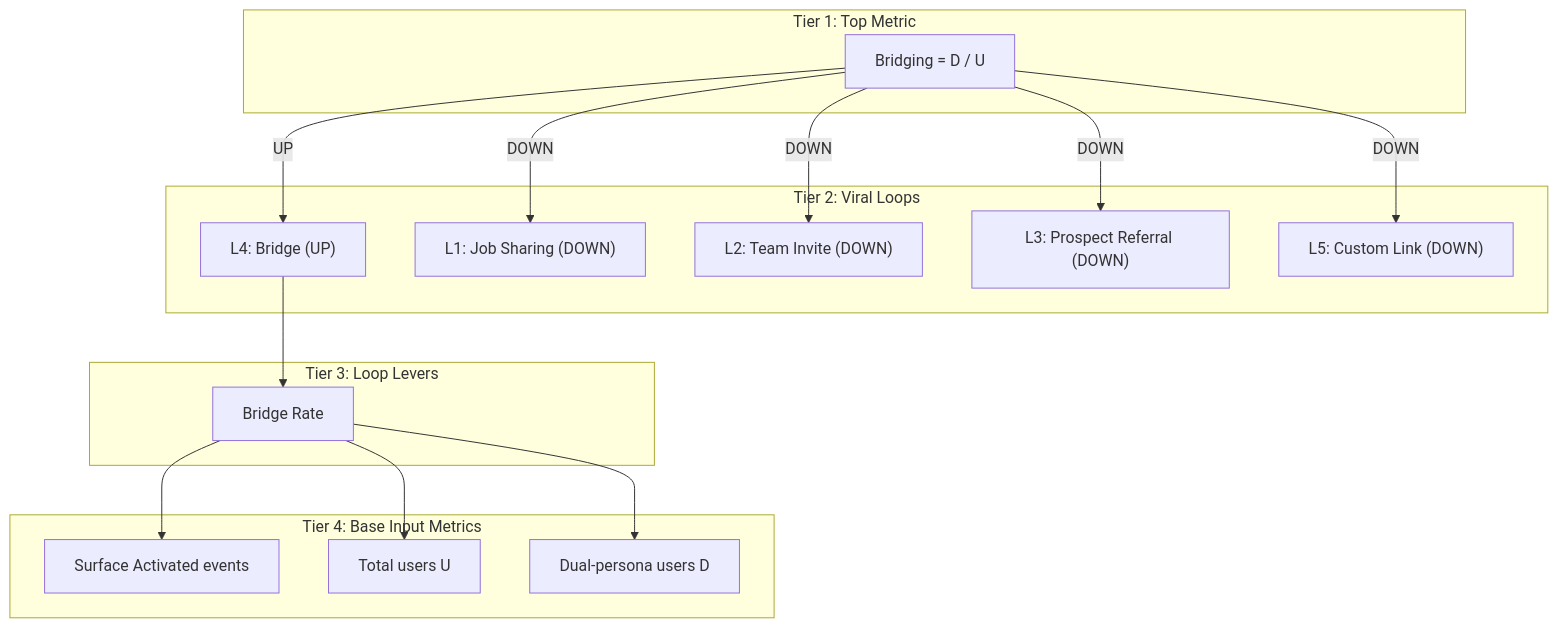
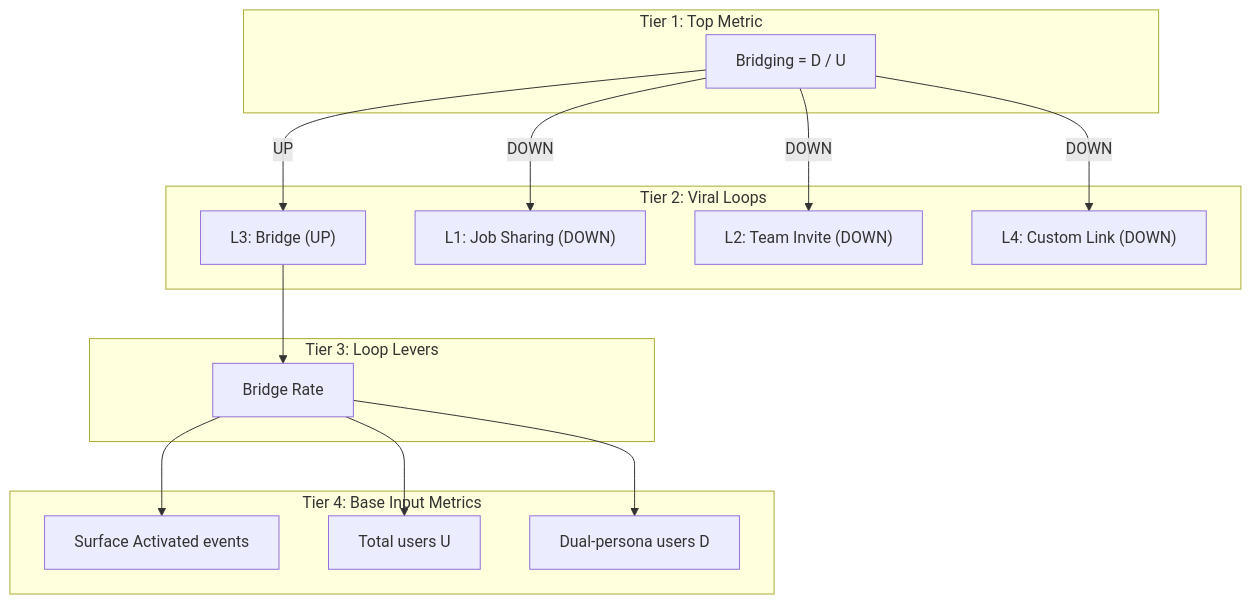
Diagram 13 of 14 in presentations/helix-nms-detailed/slides_act3_act4.md (Zipstorm/jobpilot-presentation), drawn with Mermaid before and after one commit. The commit also changed other lines of this file and 10 other files, not shown here.

````diff
--- a/presentations/helix-nms-detailed/slides_act3_act4.md
+++ b/presentations/helix-nms-detailed/slides_act3_act4.md
@@ -777,36 +634,34 @@
 ```mermaid
 graph TD
     subgraph tier1 ["Tier 1: Top Metric"]
         BRG["Bridging = D / U"]
     end
 
     subgraph tier2 ["Tier 2: Viral Loops"]
-        L4["L4: Bridge (UP)"]
+        L3["L3: Bridge (UP)"]
         L1["L1: Job Sharing (DOWN)"]
         L2["L2: Team Invite (DOWN)"]
-        L3["L3: Prospect Referral (DOWN)"]
-        L5["L5: Custom Link (DOWN)"]
+        L4["L4: Custom Link (DOWN)"]
     end
 
     subgraph tier3 ["Tier 3: Loop Levers"]
         BR["Bridge Rate"]
     end
 
     subgraph tier4 ["Tier 4: Base Input Metrics"]
         b1["Surface Activated events"]
         b2["Total users U"]
         b3["Dual-persona users D"]
     end
 
-    BRG -->|"UP"| L4
+    BRG -->|"UP"| L3
     BRG -->|"DOWN"| L1
     BRG -->|"DOWN"| L2
-    BRG -->|"DOWN"| L3
-    BRG -->|"DOWN"| L5
+    BRG -->|"DOWN"| L4
 
-    L4 --> BR
+    L3 --> BR
 
     BR --> b1
     BR --> b2
     BR --> b3
 ```
````
